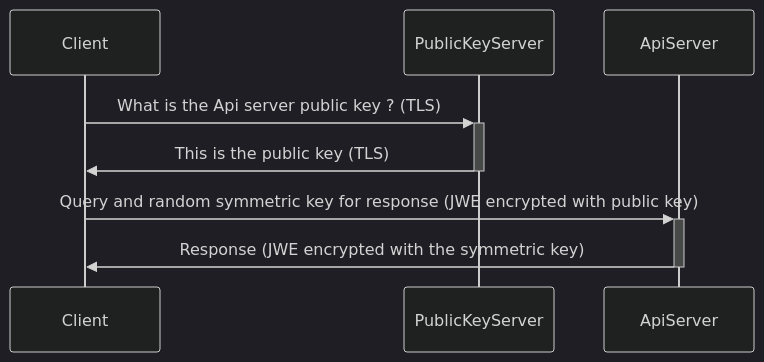
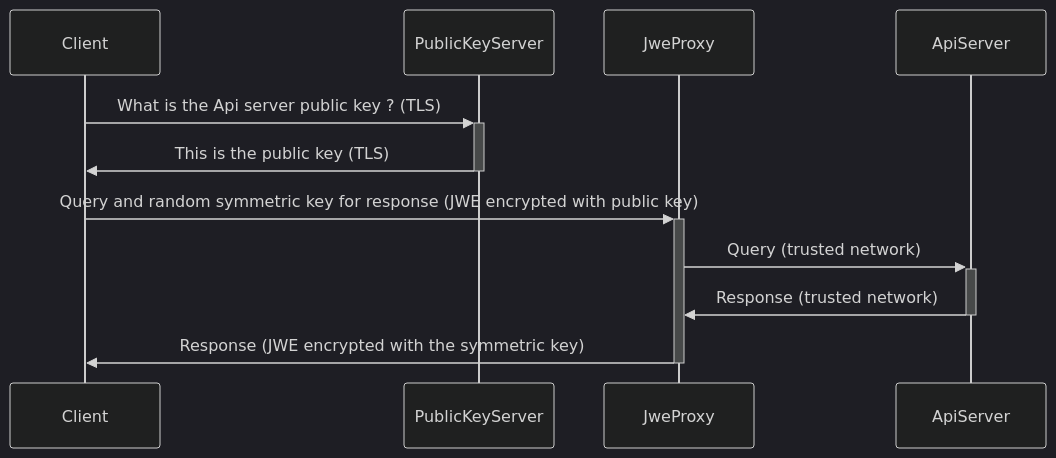
Before and after one commit to norgance/Norgance: the diagram in backend/jwe-proxy/README.md, drawn with Mermaid (dark theme).

Commit message:
📚 It was missing something important

````diff
--- a/backend/jwe-proxy/README.md
+++ b/backend/jwe-proxy/README.md
@@ -18,8 +18,10 @@
 ```mermaid
 sequenceDiagram
     Client->>+PublicKeyServer: What is the Api server public key ? (TLS)
     PublicKeyServer->>-Client: This is the public key (TLS)
 
-    Client->>+ApiServer: Query and random symmetric key for response (JWE encrypted with public key)
-    ApiServer->>-Client: Response (JWE encrypted with the symmetric key)
+    Client->>+JweProxy: Query and random symmetric key for response (JWE encrypted with public key)
+    JweProxy->>+ApiServer: Query (trusted network)
+    ApiServer->>-JweProxy: Response (trusted network)
+    JweProxy->>-Client: Response (JWE encrypted with the symmetric key)
 ```
````
